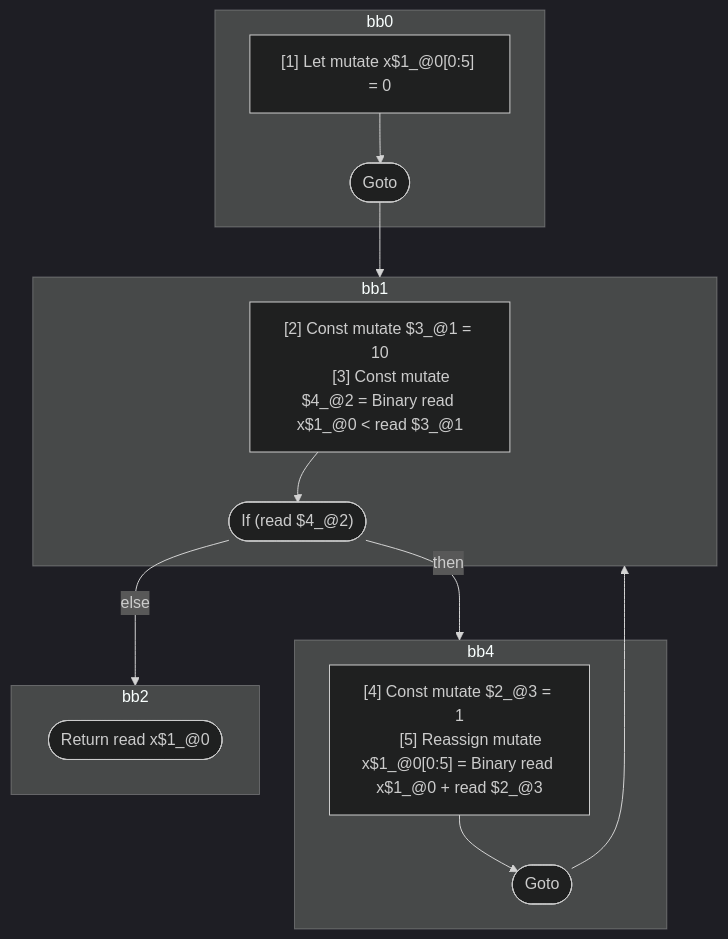
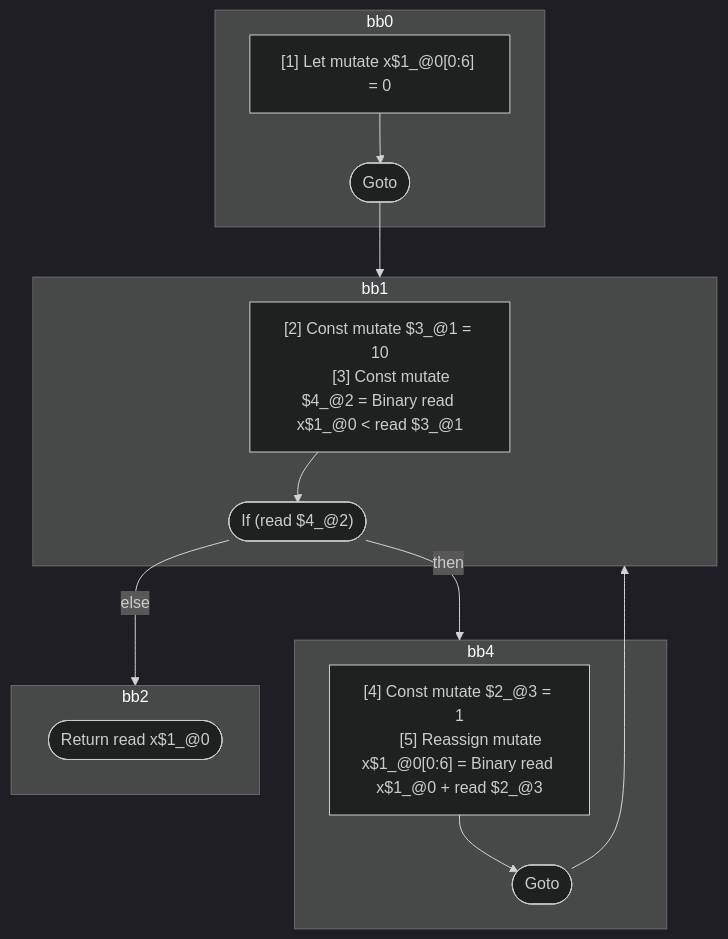
Before and after one commit to wutsmog/private: the diagram in compiler/forget/src/__tests__/fixtures/hir/ssa-for.expect.md, drawn with Mermaid (dark theme). The commit also changed other lines of this file and 45 other files, not shown here.

````diff
--- a/compiler/forget/src/__tests__/fixtures/hir/ssa-for.expect.md
+++ b/compiler/forget/src/__tests__/fixtures/hir/ssa-for.expect.md
@@ -38,34 +38,34 @@
 ```mermaid
 flowchart TB
   %% Basic Blocks
   subgraph bb0
     bb0_instrs["
-      [1] Let mutate x$1_@0[0:5] = 0
+      [1] Let mutate x$1_@0[0:6] = 0
     "]
     bb0_instrs --> bb0_terminal(["Goto"])
   end
   subgraph bb1
     bb1_instrs["
       [2] Const mutate $3_@1 = 10
       [3] Const mutate $4_@2 = Binary read x$1_@0 < read $3_@1
     "]
     bb1_instrs --> bb1_terminal(["If (read $4_@2)"])
   end
   subgraph bb4
     bb4_instrs["
       [4] Const mutate $2_@3 = 1
-      [5] Reassign mutate x$1_@0[0:5] = Binary read x$1_@0 + read $2_@3
+      [5] Reassign mutate x$1_@0[0:6] = Binary read x$1_@0 + read $2_@3
     "]
     bb4_instrs --> bb4_terminal(["Goto"])
   end
   subgraph bb2
     bb2_terminal(["Return read x$1_@0"])
   end
 
   %% Jumps
   bb0_terminal --> bb1
   bb1_terminal -- "then" --> bb4
   bb1_terminal -- "else" --> bb2
   bb4_terminal --> bb1
 
 ```
````
